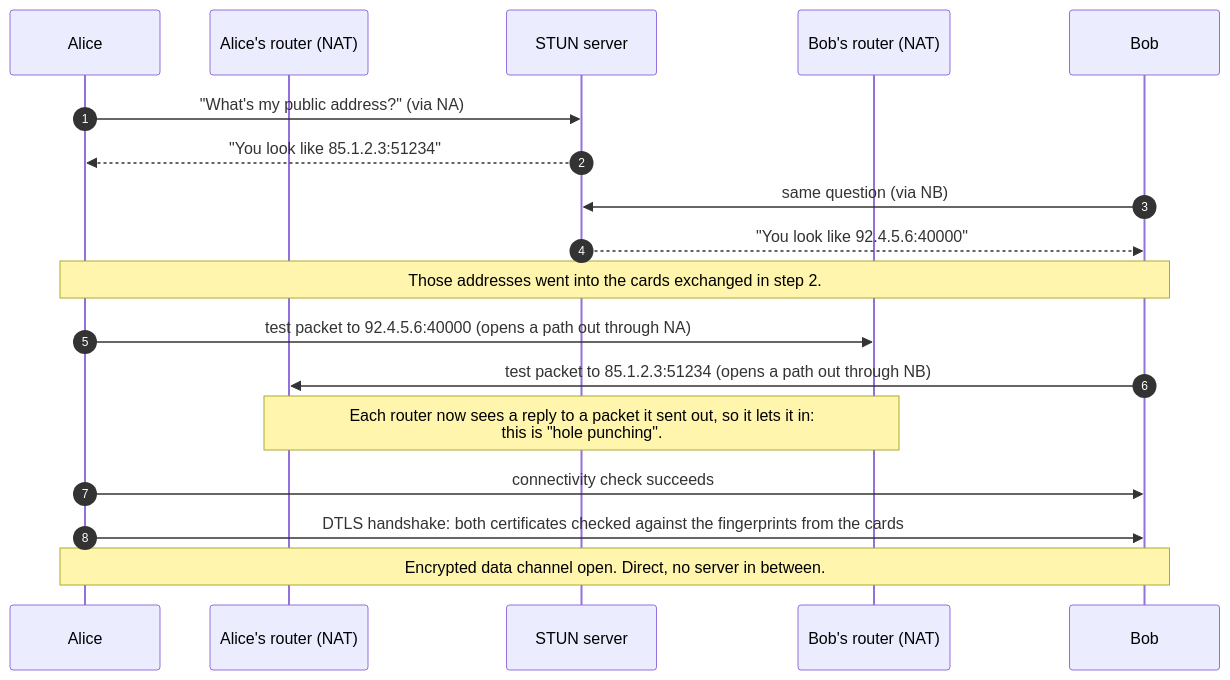
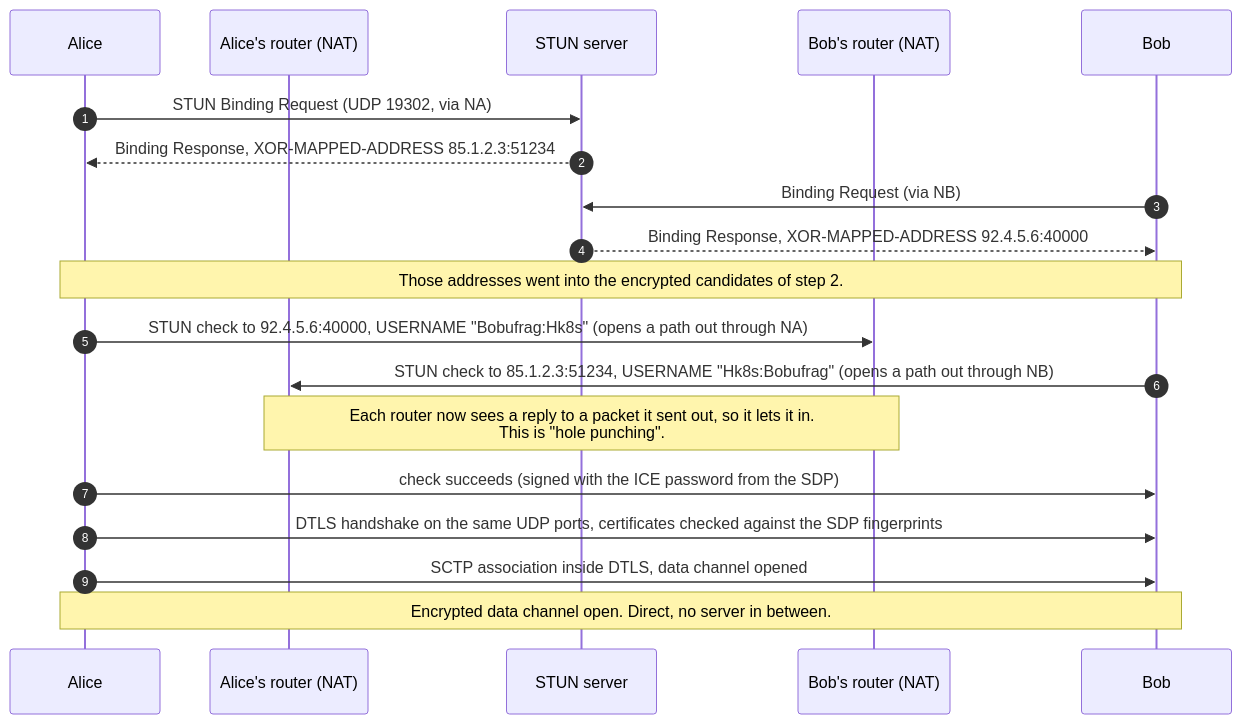
Before and after one commit to common-sec/secure-share: the third of 6 diagrams in docs/COMMUNICATION.md, drawn with Mermaid. The commit also changed other lines of this file, not shown here.

First line of the commit message:
Explain the connection with real message examples, sources and ports

````diff
--- a/docs/COMMUNICATION.md
+++ b/docs/COMMUNICATION.md
@@ -106,21 +245,22 @@
 ```mermaid
 sequenceDiagram
     autonumber
     participant A as Alice
     participant NA as Alice's router (NAT)
     participant ST as STUN server
     participant NB as Bob's router (NAT)
     participant B as Bob
 
-    A->>ST: "What's my public address?" (via NA)
-    ST-->>A: "You look like 85.1.2.3:51234"
-    B->>ST: same question (via NB)
-    ST-->>B: "You look like 92.4.5.6:40000"
-    Note over A,B: Those addresses went into the cards exchanged in step 2.
-    A->>NB: test packet to 92.4.5.6:40000 (opens a path out through NA)
-    B->>NA: test packet to 85.1.2.3:51234 (opens a path out through NB)
-    Note over NA,NB: Each router now sees a reply to a packet it sent out, so it lets it in:<br/>this is "hole punching".
-    A->>B: connectivity check succeeds
-    A->>B: DTLS handshake: both certificates checked against the fingerprints from the cards
+    A->>ST: STUN Binding Request (UDP 19302, via NA)
+    ST-->>A: Binding Response, XOR-MAPPED-ADDRESS 85.1.2.3:51234
+    B->>ST: Binding Request (via NB)
+    ST-->>B: Binding Response, XOR-MAPPED-ADDRESS 92.4.5.6:40000
+    Note over A,B: Those addresses went into the encrypted candidates of step 2.
+    A->>NB: STUN check to 92.4.5.6:40000, USERNAME "Bobufrag:Hk8s" (opens a path out through NA)
+    B->>NA: STUN check to 85.1.2.3:51234, USERNAME "Hk8s:Bobufrag" (opens a path out through NB)
+    Note over NA,NB: Each router now sees a reply to a packet it sent out, so it lets it in.<br/>This is "hole punching".
+    A->>B: check succeeds (signed with the ICE password from the SDP)
+    A->>B: DTLS handshake on the same UDP ports, certificates checked against the SDP fingerprints
+    A->>B: SCTP association inside DTLS, data channel opened
     Note over A,B: Encrypted data channel open. Direct, no server in between.
 ```
````
